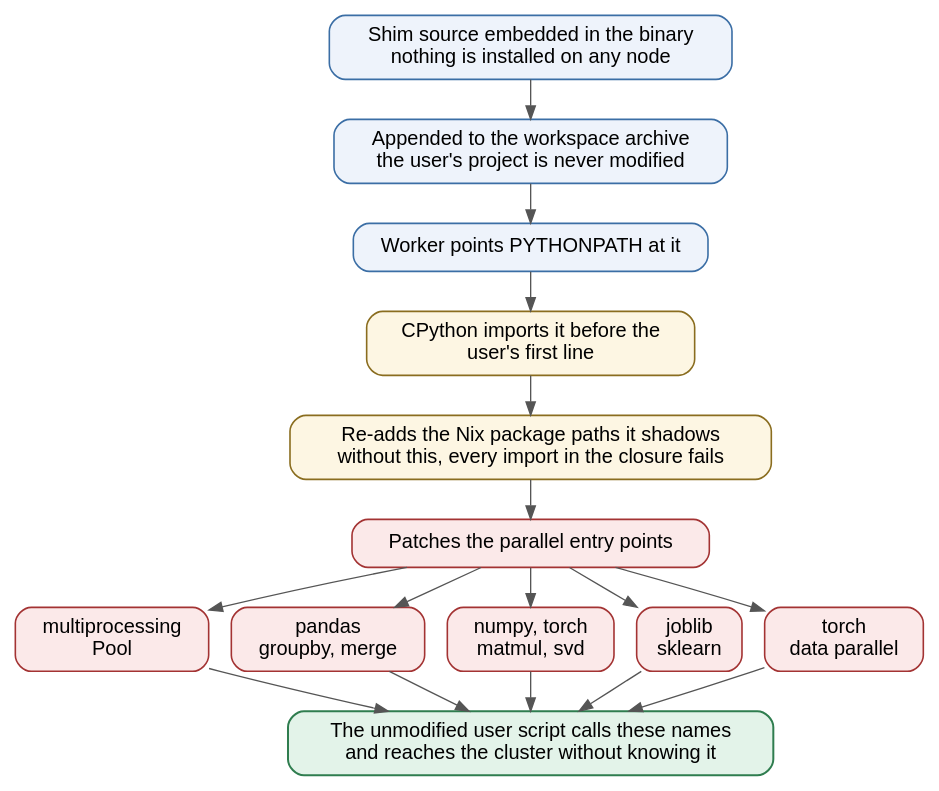
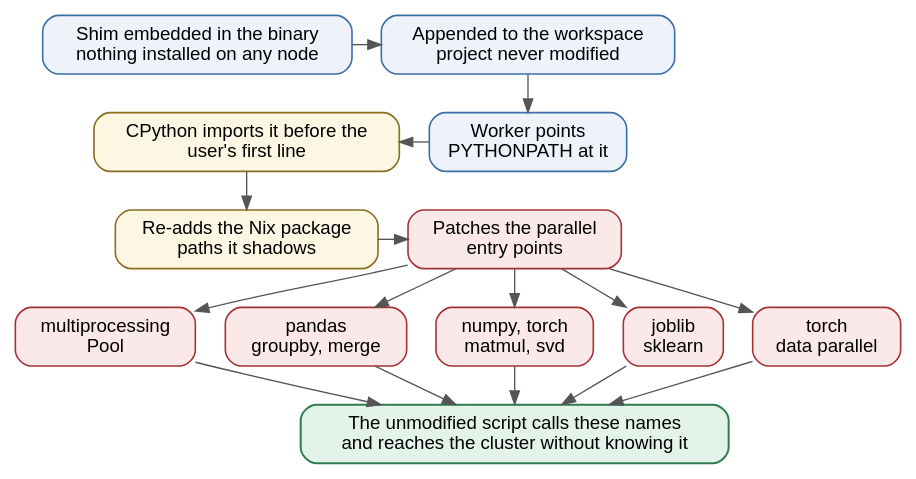
Before and after one commit to vinayakyadav2709/Pipedpeer: the diagram in docs/diagrams/src/fig_4.8_shim_injection.dot, drawn with Graphviz. The commit also changed 49 other files, not shown here.

```diff
--- a/docs/diagrams/src/fig_4.8_shim_injection.dot
+++ b/docs/diagrams/src/fig_4.8_shim_injection.dot
@@ -1,29 +1,32 @@
 // Figure 4.8 - How the interception shim reaches the interpreter.
 digraph ShimInject {
-  rankdir=TB; bgcolor="white"; nodesep=0.24; ranksep=0.42;
-  node [fontname="Helvetica", fontsize=15, shape=box, style="rounded,filled",
+  rankdir=TB; newrank=true; bgcolor="white"; nodesep=0.30; ranksep=0.40;
+  node [fontname="Helvetica", fontsize=14, shape=box, style="rounded,filled",
         fillcolor="#eef3fb", color="#3b6ea5", penwidth=1.2, margin="0.16,0.10"];
   edge [fontname="Helvetica", fontsize=13, color="#555555"];
 
-  emb  [label="Shim source embedded in the binary\nnothing is installed on any node"];
-  tar  [label="Appended to the workspace archive\nthe user's project is never modified"];
-  env  [label="Worker points PYTHONPATH at it"];
+  emb  [label="Shim embedded in the binary\nnothing installed on any node"];
+  tar  [label="Appended to the workspace\nproject never modified"];
+  env  [label="Worker points\nPYTHONPATH at it"];
   imp  [label="CPython imports it before the\nuser's first line", fillcolor="#fdf6e3", color="#8a6d1f"];
-  nixp [label="Re-adds the Nix package paths it shadows\nwithout this, every import in the closure fails",
+  nixp [label="Re-adds the Nix package\npaths it shadows",
         fillcolor="#fdf6e3", color="#8a6d1f"];
-  patch[label="Patches the parallel entry points", fillcolor="#fbe9e9", color="#a33333"];
+  patch[label="Patches the parallel\nentry points", fillcolor="#fbe9e9", color="#a33333"];
 
   p1 [label="multiprocessing\nPool", fillcolor="#fbe9e9", color="#a33333"];
   p2 [label="pandas\ngroupby, merge", fillcolor="#fbe9e9", color="#a33333"];
   p3 [label="numpy, torch\nmatmul, svd", fillcolor="#fbe9e9", color="#a33333"];
   p4 [label="joblib\nsklearn", fillcolor="#fbe9e9", color="#a33333"];
   p5 [label="torch\ndata parallel", fillcolor="#fbe9e9", color="#a33333"];
 
-  user [label="The unmodified user script calls these names\nand reaches the cluster without knowing it",
+  user [label="The unmodified script calls these names\nand reaches the cluster without knowing it",
         fillcolor="#e3f3e9", color="#2f7d4f", penwidth=1.5];
 
-  emb -> tar -> env -> imp -> nixp -> patch;
+  emb -> tar; tar -> env; imp -> env [dir=back]; imp -> nixp; nixp -> patch;
   patch -> p1; patch -> p2; patch -> p3; patch -> p4; patch -> p5;
   p1 -> user; p2 -> user; p3 -> user; p4 -> user; p5 -> user;
   { rank=same; p1; p2; p3; p4; p5; }
+  { rank=same; emb; tar; }
+  { rank=same; imp; env; }
+  { rank=same; nixp; patch; }
 }
```
